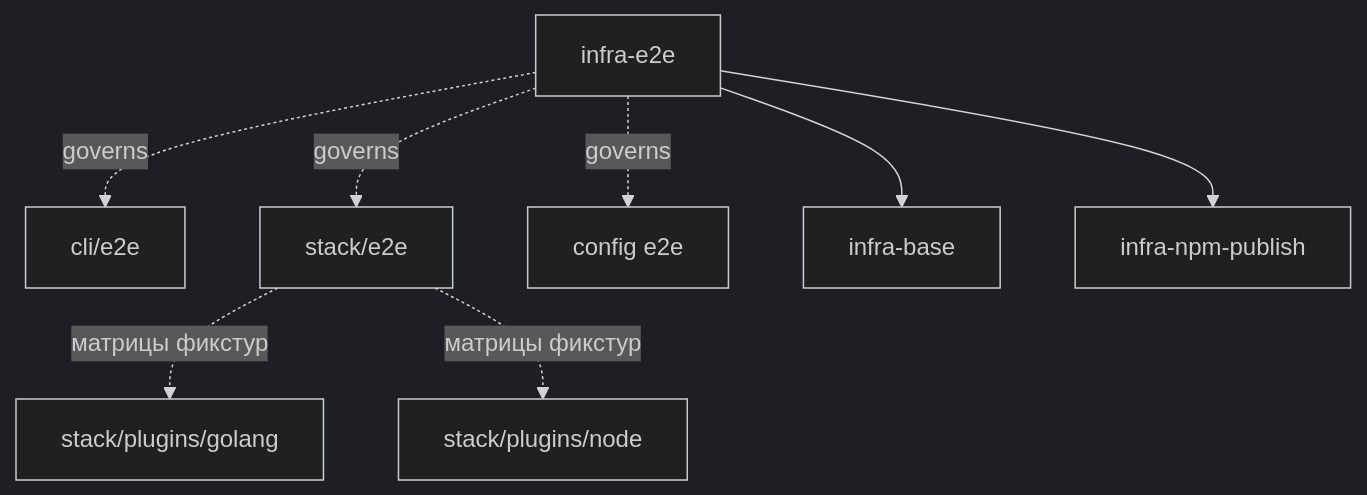
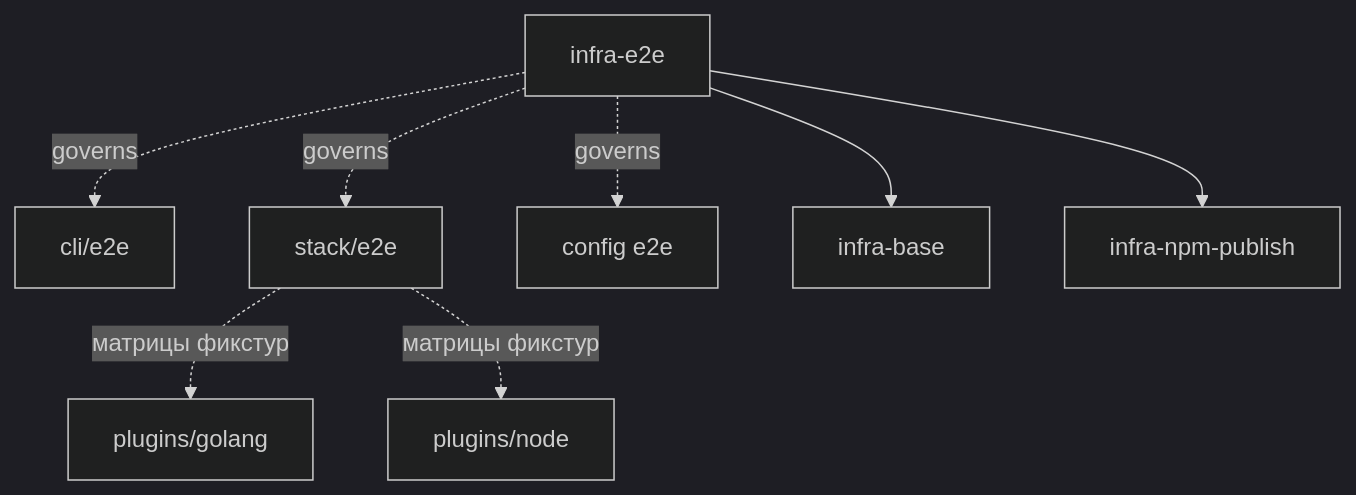
Before and after one commit to RubaXa/gennady: the diagram in specs/infra-e2e/infra-e2e.spec.md, drawn with Mermaid (dark theme). The commit also changed 6 other files, not shown here.

````diff
--- a/specs/infra-e2e/infra-e2e.spec.md
+++ b/specs/infra-e2e/infra-e2e.spec.md
@@ -132,10 +132,10 @@
 ```mermaid
 graph TD
     infra_e2e[infra-e2e] -. governs .-> cli_e2e[cli/e2e]
     infra_e2e -. governs .-> stack_e2e[stack/e2e]
     infra_e2e -. governs .-> config_e2e[config e2e]
     infra_e2e --> infra_base[infra-base]
     infra_e2e --> infra_npm[infra-npm-publish]
-    stack_e2e -. матрицы фикстур .-> golang_spec[stack/plugins/golang]
-    stack_e2e -. матрицы фикстур .-> node_spec[stack/plugins/node]
+    stack_e2e -. матрицы фикстур .-> golang_spec[plugins/golang]
+    stack_e2e -. матрицы фикстур .-> node_spec[plugins/node]
 ```
````
